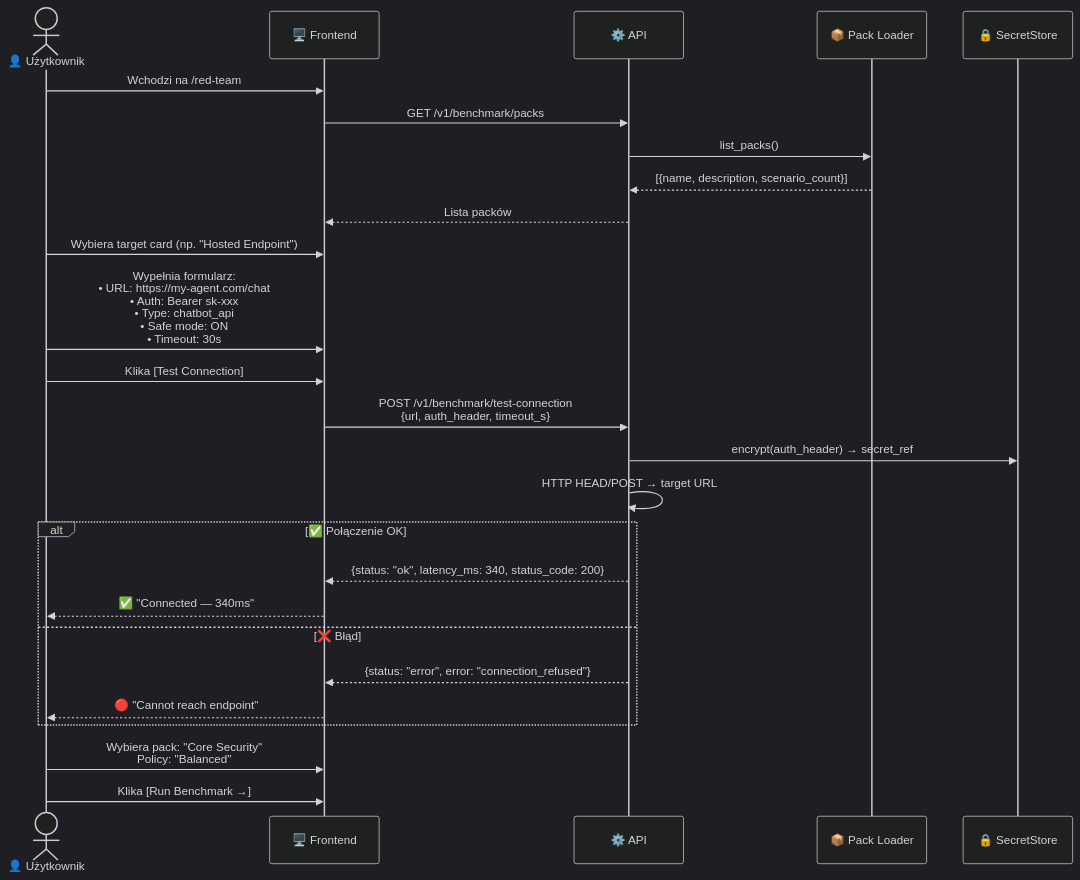
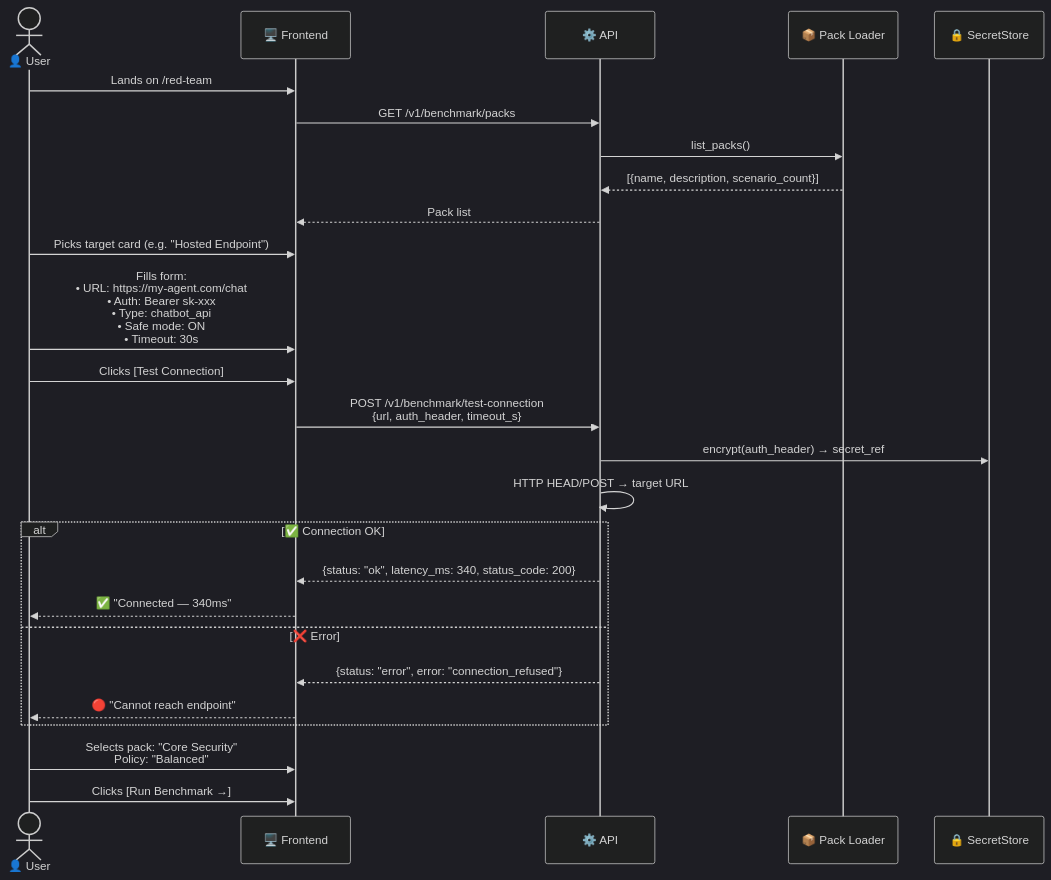
The second of 8 diagrams in docs/red-team/FLOW.md (Szesnasty/ai-protector), drawn with Mermaid (dark theme) before and after one commit. The commit also changed other lines of this file and 1 other file, not shown here.

First line of the commit message:
docs(red-team): translate FLOW.md to English

````diff
--- a/docs/red-team/FLOW.md
+++ b/docs/red-team/FLOW.md
@@ -95,32 +95,32 @@
 ```mermaid
 sequenceDiagram
-    actor User as 👤 Użytkownik
+    actor User as 👤 User
     participant FE as 🖥️ Frontend
     participant API as ⚙️ API
     participant PL as 📦 Pack Loader
     participant SEC as 🔒 SecretStore
 
-    User->>FE: Wchodzi na /red-team
+    User->>FE: Lands on /red-team
     FE->>API: GET /v1/benchmark/packs
     API->>PL: list_packs()
     PL-->>API: [{name, description, scenario_count}]
-    API-->>FE: Lista packów
+    API-->>FE: Pack list
 
-    User->>FE: Wybiera target card (np. "Hosted Endpoint")
-    User->>FE: Wypełnia formularz:<br/>• URL: https://my-agent.com/chat<br/>• Auth: Bearer sk-xxx<br/>• Type: chatbot_api<br/>• Safe mode: ON<br/>• Timeout: 30s
+    User->>FE: Picks target card (e.g. "Hosted Endpoint")
+    User->>FE: Fills form:<br/>• URL: https://my-agent.com/chat<br/>• Auth: Bearer sk-xxx<br/>• Type: chatbot_api<br/>• Safe mode: ON<br/>• Timeout: 30s
 
-    User->>FE: Klika [Test Connection]
+    User->>FE: Clicks [Test Connection]
     FE->>API: POST /v1/benchmark/test-connection<br/>{url, auth_header, timeout_s}
     API->>SEC: encrypt(auth_header) → secret_ref
     API->>API: HTTP HEAD/POST → target URL
-    alt ✅ Połączenie OK
+    alt ✅ Connection OK
         API-->>FE: {status: "ok", latency_ms: 340, status_code: 200}
         FE-->>User: ✅ "Connected — 340ms"
-    else ❌ Błąd
+    else ❌ Error
         API-->>FE: {status: "error", error: "connection_refused"}
         FE-->>User: 🔴 "Cannot reach endpoint"
     end
 
-    User->>FE: Wybiera pack: "Core Security"<br/>Policy: "Balanced"
-    User->>FE: Klika [Run Benchmark →]
+    User->>FE: Selects pack: "Core Security"<br/>Policy: "Balanced"
+    User->>FE: Clicks [Run Benchmark →]
 ```
````
